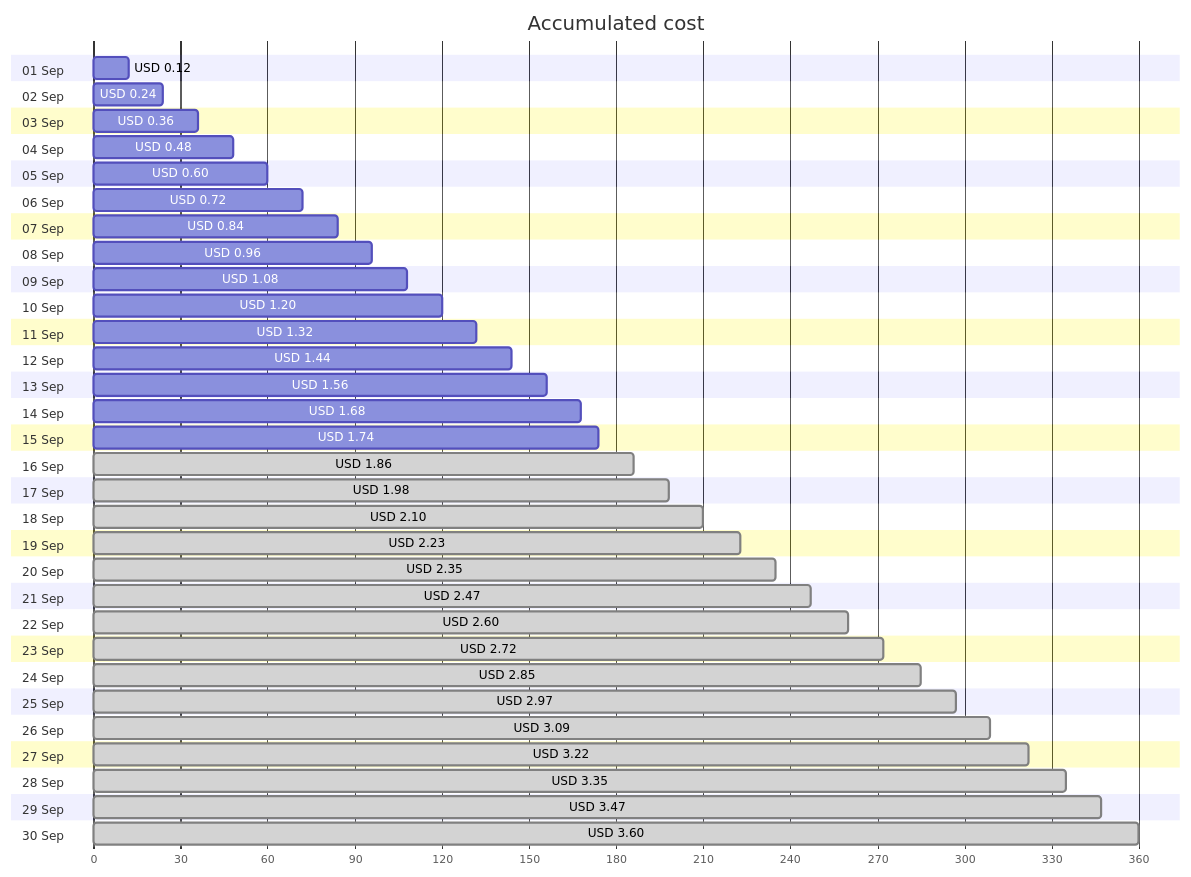
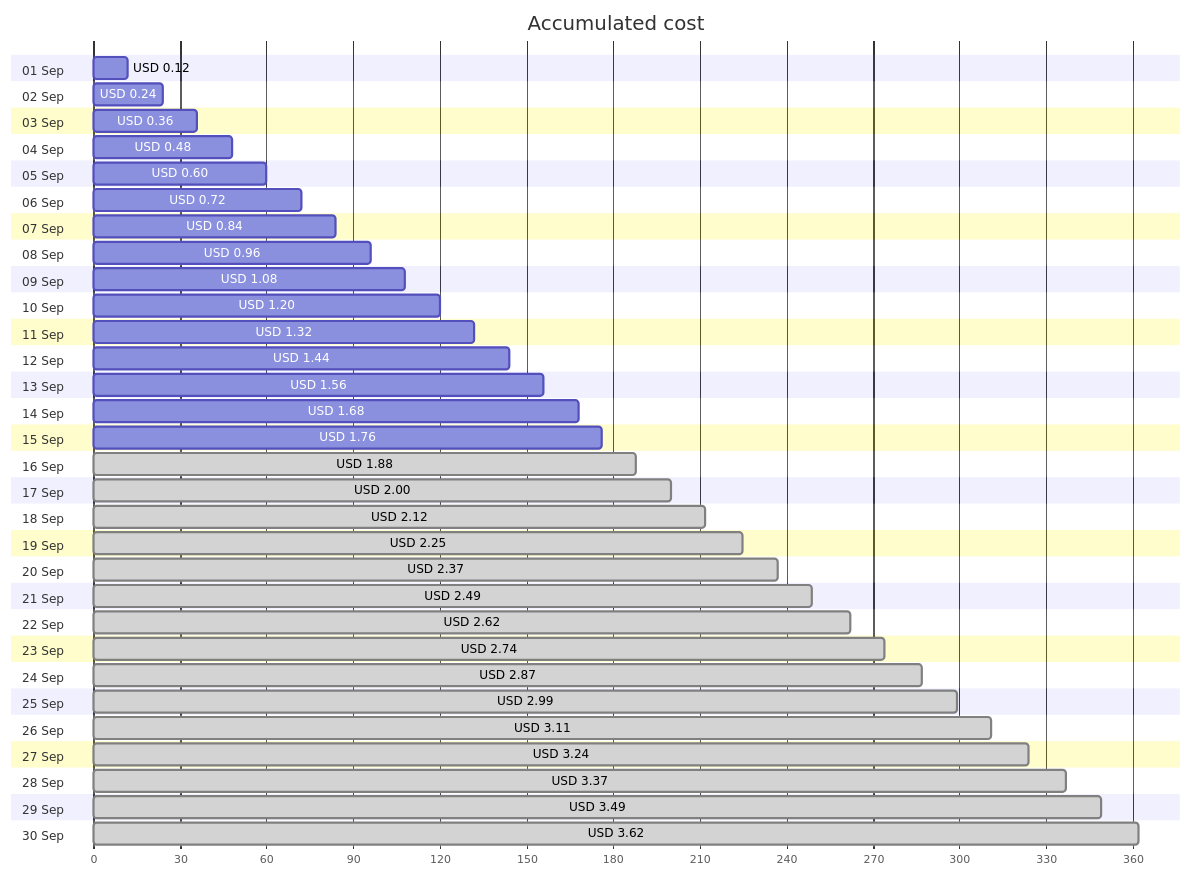
One commit to jpfulton/azure-personal-reports changed the first of 4 diagrams in cost-reports/personal-network/linux-dev-public-ip.md. Above: the diagram before and after it, drawn with Mermaid. The commit also changed other lines of this file and 14 other files, not shown here.

````diff
--- a/cost-reports/personal-network/linux-dev-public-ip.md
+++ b/cost-reports/personal-network/linux-dev-public-ip.md
@@ -20,66 +20,66 @@
 ```mermaid
 gantt
    title Accumulated cost
    dateFormat  X
    axisFormat %s
    section 01 Sep
    USD 0.12 :0, 12
    section 02 Sep
    USD 0.24 :0, 24
    section 03 Sep
    USD 0.36 :0, 36
    section 04 Sep
    USD 0.48 :0, 48
    section 05 Sep
    USD 0.60 :0, 60
    section 06 Sep
    USD 0.72 :0, 72
    section 07 Sep
    USD 0.84 :0, 84
    section 08 Sep
    USD 0.96 :0, 96
    section 09 Sep
    USD 1.08 :0, 108
    section 10 Sep
    USD 1.20 :0, 120
    section 11 Sep
    USD 1.32 :0, 132
    section 12 Sep
    USD 1.44 :0, 144
    section 13 Sep
    USD 1.56 :0, 156
    section 14 Sep
    USD 1.68 :0, 168
    section 15 Sep
-   USD 1.74 :0, 174
+   USD 1.76 :0, 176
    section 16 Sep
-   USD 1.86 : done, 0, 186
+   USD 1.88 : done, 0, 188
    section 17 Sep
-   USD 1.98 : done, 0, 198
+   USD 2.00 : done, 0, 200
    section 18 Sep
-   USD 2.10 : done, 0, 210
+   USD 2.12 : done, 0, 212
    section 19 Sep
-   USD 2.23 : done, 0, 223
+   USD 2.25 : done, 0, 225
    section 20 Sep
-   USD 2.35 : done, 0, 235
+   USD 2.37 : done, 0, 237
    section 21 Sep
-   USD 2.47 : done, 0, 247
+   USD 2.49 : done, 0, 249
    section 22 Sep
-   USD 2.60 : done, 0, 260
+   USD 2.62 : done, 0, 262
    section 23 Sep
-   USD 2.72 : done, 0, 272
+   USD 2.74 : done, 0, 274
    section 24 Sep
-   USD 2.85 : done, 0, 285
+   USD 2.87 : done, 0, 287
    section 25 Sep
-   USD 2.97 : done, 0, 297
+   USD 2.99 : done, 0, 299
    section 26 Sep
-   USD 3.09 : done, 0, 309
+   USD 3.11 : done, 0, 311
    section 27 Sep
-   USD 3.22 : done, 0, 322
+   USD 3.24 : done, 0, 324
    section 28 Sep
-   USD 3.35 : done, 0, 335
+   USD 3.37 : done, 0, 337
    section 29 Sep
-   USD 3.47 : done, 0, 347
+   USD 3.49 : done, 0, 349
    section 30 Sep
-   USD 3.60 : done, 0, 360
+   USD 3.62 : done, 0, 362
 ```
````
